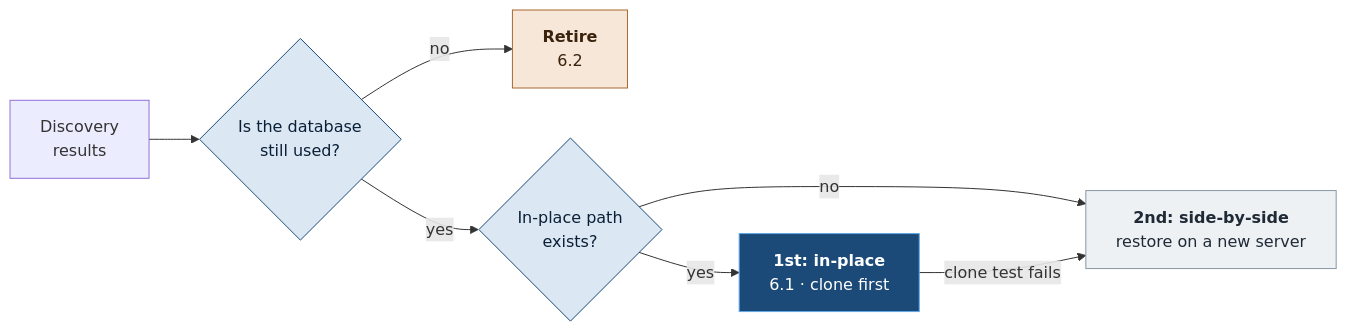
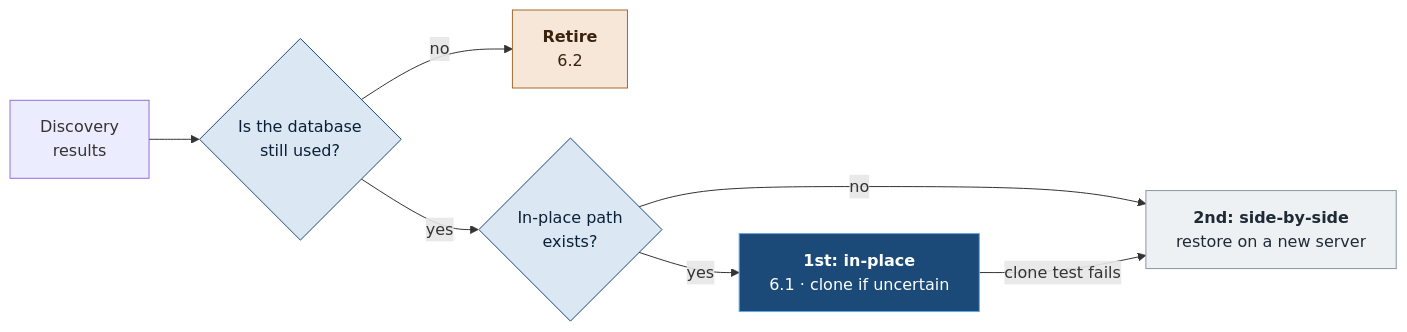
One commit to theoneakta/ansible changed the second of 2 diagrams in migration-governance/DBA.md. Above: the diagram before and after it, drawn with Mermaid. The commit also changed other lines of this file and 4 other files, not shown here.

Commit message:
Migration governance: sysadmin owns the OS in-place upgrade, DBA owns everything after the OS hand-off; clone only uncertain paths

````diff
--- a/migration-governance/DBA.md
+++ b/migration-governance/DBA.md
@@ -200,18 +205,18 @@
 ```mermaid
 flowchart LR
     D["Discovery<br/>results"] --> U{"Is the database<br/>still used?"}
     U -- "no" --> R["<b>Retire</b><br/>6.2"]
     U -- "yes" --> P{"In-place path<br/>exists?"}
-    P -- "yes" --> I["<b>1st: in-place</b><br/>6.1 · clone first"]
+    P -- "yes" --> I["<b>1st: in-place</b><br/>6.1 · clone if uncertain"]
     P -- "no" --> S["<b>2nd: side-by-side</b><br/>restore on a new server"]
     I -- "clone test fails" --> S
 
     classDef q fill:#dbe8f4,stroke:#1b4a78,color:#0b1f36
     classDef first fill:#1b4a78,stroke:#5fa8e8,color:#ffffff
     classDef second fill:#eef1f4,stroke:#8a96a3,color:#1f2a36
     classDef retire fill:#f6e7d8,stroke:#a8692e,color:#3a220d
     class U,P q
     class I first
     class S second
     class R retire
 ```
````
